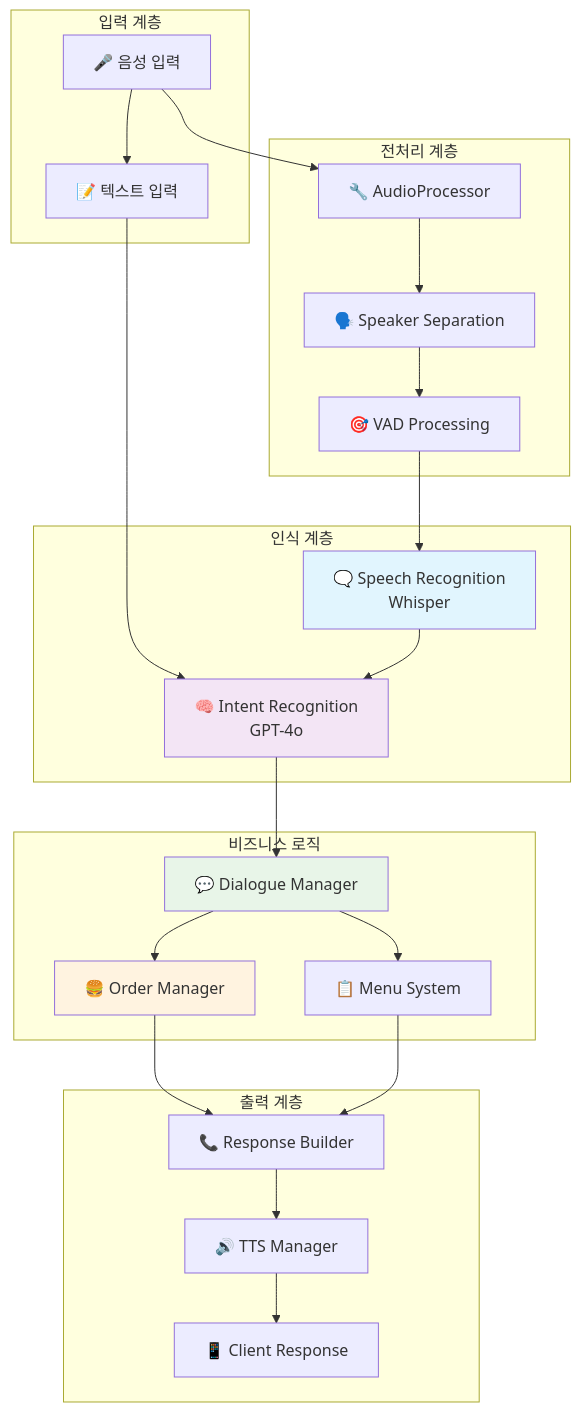
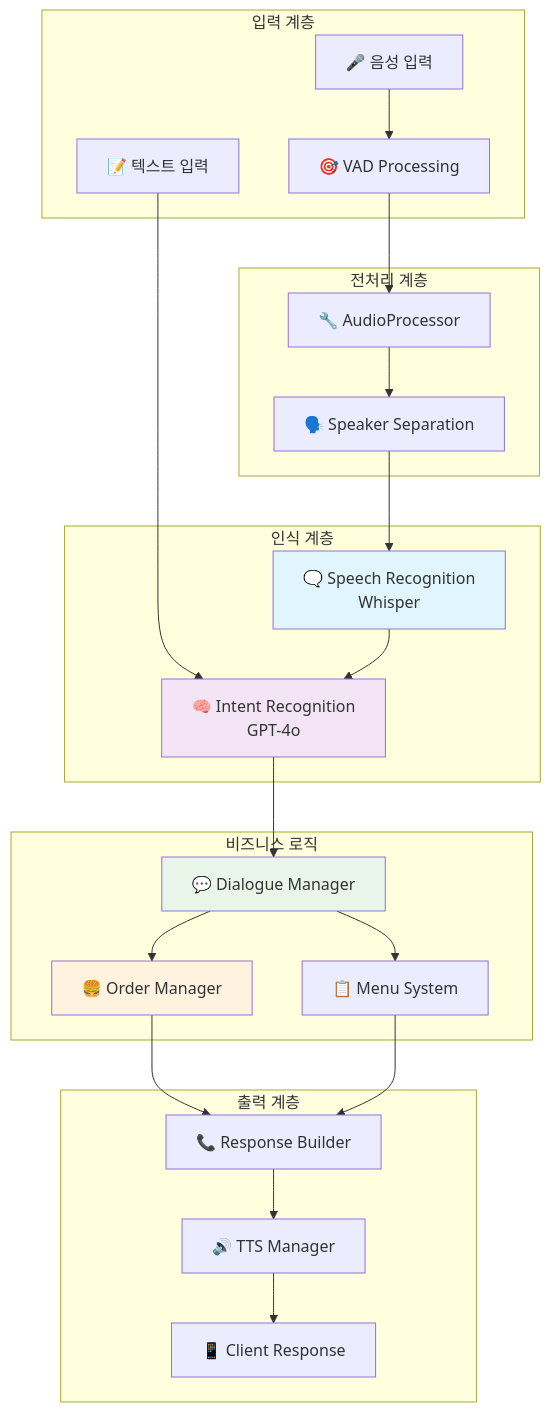
Before and after one commit to melpes/kiosk: the first of 12 diagrams in voice_kiosk_pipeline_algorithms.md, drawn with Mermaid. The commit also changed other lines of this file, not shown here.

````diff
--- a/voice_kiosk_pipeline_algorithms.md
+++ b/voice_kiosk_pipeline_algorithms.md
@@ -15,48 +15,49 @@
 ```mermaid
 graph TB
     subgraph "입력 계층"
-        A[🎤 음성 입력] --> B[📝 텍스트 입력]
+        A[🎤 음성 입력]
+        B[📝 텍스트 입력]
+        E[🎯 VAD Processing]
     end
-    
+
     subgraph "전처리 계층"
         C[🔧 AudioProcessor]
         D[🗣️ Speaker Separation]
-        E[🎯 VAD Processing]
     end
-    
+
     subgraph "인식 계층"
         F[🗨️ Speech Recognition<br/>Whisper]
         G[🧠 Intent Recognition<br/>GPT-4o]
     end
-    
+
     subgraph "비즈니스 로직"
         H[💬 Dialogue Manager]
         I[🍔 Order Manager]
         J[📋 Menu System]
     end
-    
+
     subgraph "출력 계층"
         K[📞 Response Builder]
         L[🔊 TTS Manager]
         M[📱 Client Response]
     end
-    
-    A --> C
+
+    A --> E
+    E --> C
     C --> D
-    D --> E
-    E --> F
+    D --> F
     B --> G
     F --> G
     G --> H
     H --> I
     H --> J
     I --> K
     J --> K
     K --> L
     L --> M
-    
+
     style F fill:#e1f5fe
     style G fill:#f3e5f5
     style H fill:#e8f5e8
     style I fill:#fff3e0
 ```
````
